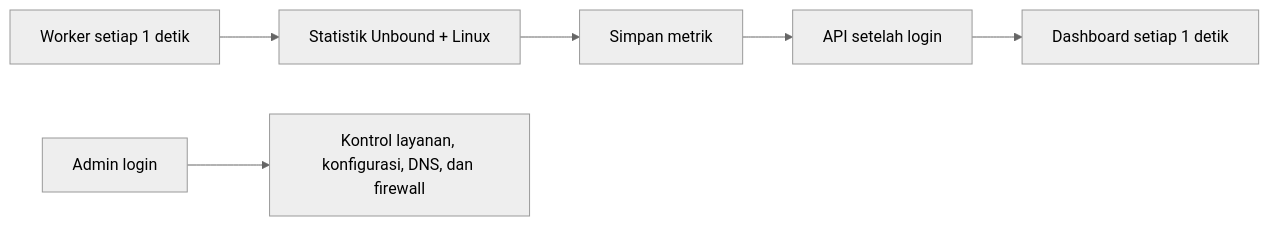
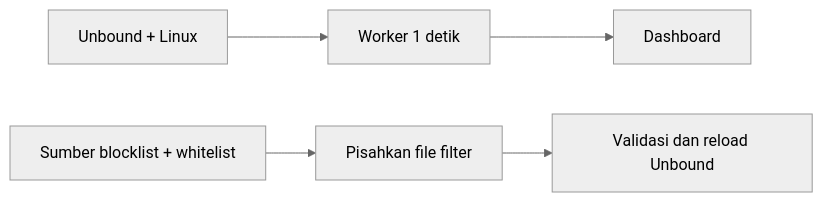
Before and after one commit to ekiguistian/Interaktif_Install-Unbound: the diagram in README.md, drawn with Mermaid (neutral theme). The commit also changed other lines of this file and 11 other files, not shown here.

Commit message:
Perbarui tampilan dan kontrol Unbound

````diff
--- a/README.md
+++ b/README.md
@@ -130,8 +69,5 @@
 ```mermaid
 flowchart LR
-    A["Worker setiap 1 detik"] --> B["Statistik Unbound + Linux"]
-    B --> C["Simpan metrik"]
-    C --> D["API setelah login"]
-    D --> E["Dashboard setiap 1 detik"]
-    F["Admin login"] --> G["Kontrol layanan, konfigurasi, DNS, dan firewall"]
+    A["Unbound + Linux"] --> B["Worker 1 detik"] --> C["Dashboard"]
+    D["Sumber blocklist + whitelist"] --> E["Pisahkan file filter"] --> F["Validasi dan reload Unbound"]
 ```
````
